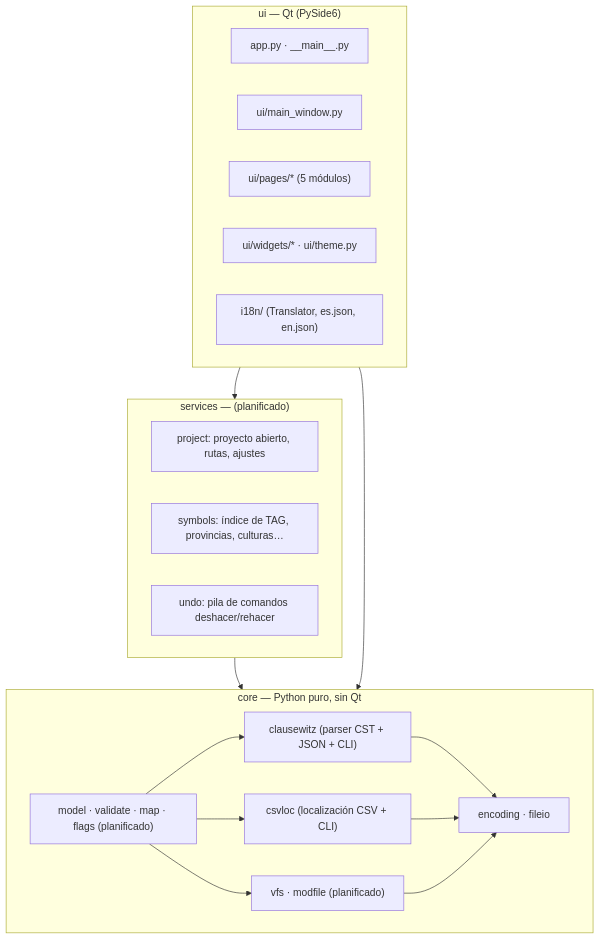
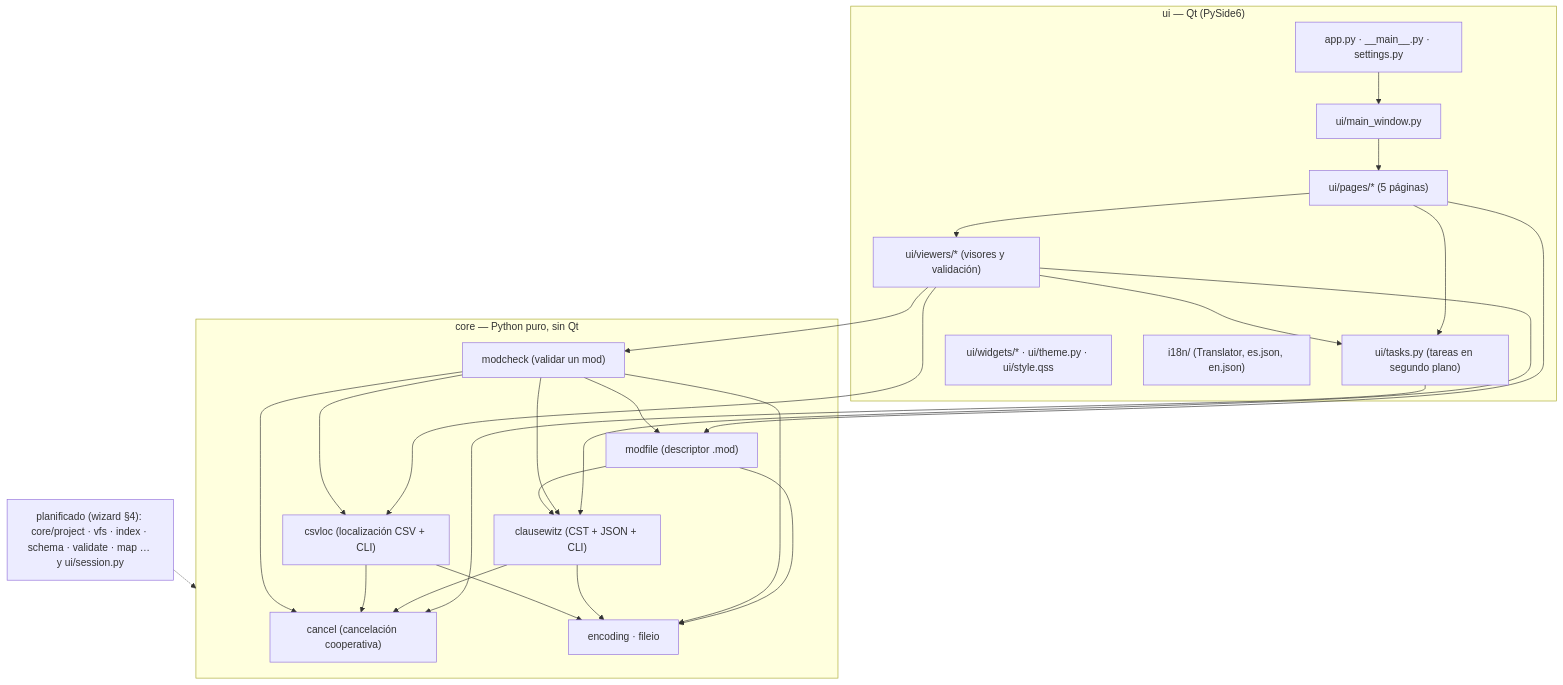
One commit to pickatroll12-arch/VictoriaII_ModWizard changed the diagram in ARCHITECTURE.md. Above: the diagram before and after it, drawn with Mermaid. The commit also changed other lines of this file and 2 other files, not shown here.

First line of the commit message:
Documentación: ARCHITECTURE.md y README.md según el código, y traspaso para Claude Code

````diff
--- a/ARCHITECTURE.md
+++ b/ARCHITECTURE.md
@@ -144,30 +164,42 @@
 ```mermaid
 flowchart TB
     subgraph UI["ui — Qt (PySide6)"]
-        app["app.py · __main__.py"]
+        app["app.py · __main__.py · settings.py"]
         mw["ui/main_window.py"]
-        pages["ui/pages/* (5 módulos)"]
-        widgets["ui/widgets/* · ui/theme.py"]
+        pages["ui/pages/* (5 páginas)"]
+        viewers["ui/viewers/* (visores y validación)"]
+        tasks["ui/tasks.py (tareas en segundo plano)"]
+        widgets["ui/widgets/* · ui/theme.py · ui/style.qss"]
         i18n["i18n/ (Translator, es.json, en.json)"]
     end
-    subgraph SVC["services — (planificado)"]
-        project["project: proyecto abierto, rutas, ajustes"]
-        symbols["symbols: índice de TAG, provincias, culturas…"]
-        undo["undo: pila de comandos deshacer/rehacer"]
+    subgraph CORE["core — Python puro, sin Qt"]
+        cancel["cancel (cancelación cooperativa)"]
+        enc["encoding · fileio"]
+        cw["clausewitz (CST + JSON + CLI)"]
+        csv["csvloc (localización CSV + CLI)"]
+        modfile["modfile (descriptor .mod)"]
+        modcheck["modcheck (validar un mod)"]
     end
-    subgraph CORE["core — Python puro, sin Qt"]
-        enc["encoding · fileio"]
-        cw["clausewitz (parser CST + JSON + CLI)"]
-        csv["csvloc (localización CSV + CLI)"]
-        vfs["vfs · modfile (planificado)"]
-        model["model · validate · map · flags (planificado)"]
-    end
-    UI --> SVC --> CORE
-    UI --> CORE
+    planned["planificado (wizard §4): core/project · vfs · index · schema · validate · map … y ui/session.py"]
+    app --> mw --> pages
+    pages --> viewers
+    pages --> tasks
+    viewers --> tasks
+    tasks --> cancel
+    pages --> modfile
+    viewers --> cw
+    viewers --> csv
+    viewers --> modcheck
+    modcheck --> modfile
+    modcheck --> cw
+    modcheck --> csv
+    modfile --> cw
+    modfile --> enc
+    modcheck --> enc
     cw --> enc
     csv --> enc
-    vfs --> enc
-    model --> cw
-    model --> csv
-    model --> vfs
+    cw --> cancel
+    csv --> cancel
+    modcheck --> cancel
+    planned -.-> CORE
 ```
````
